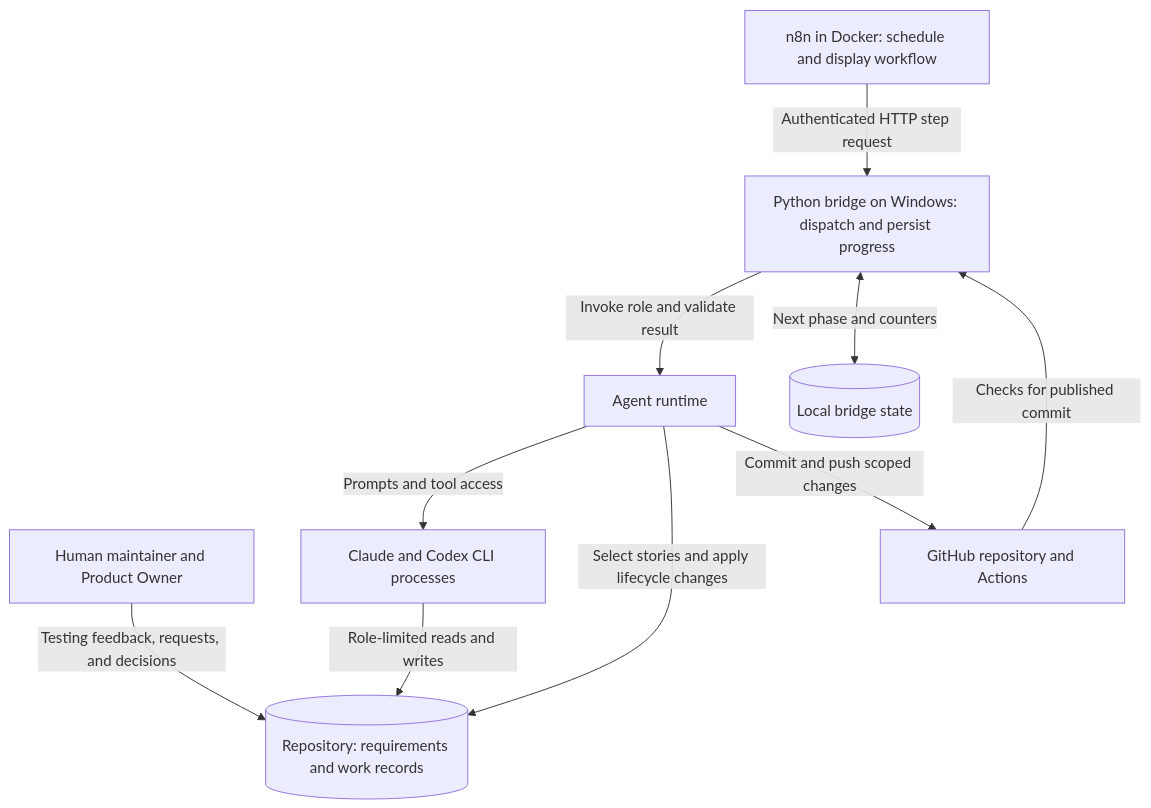
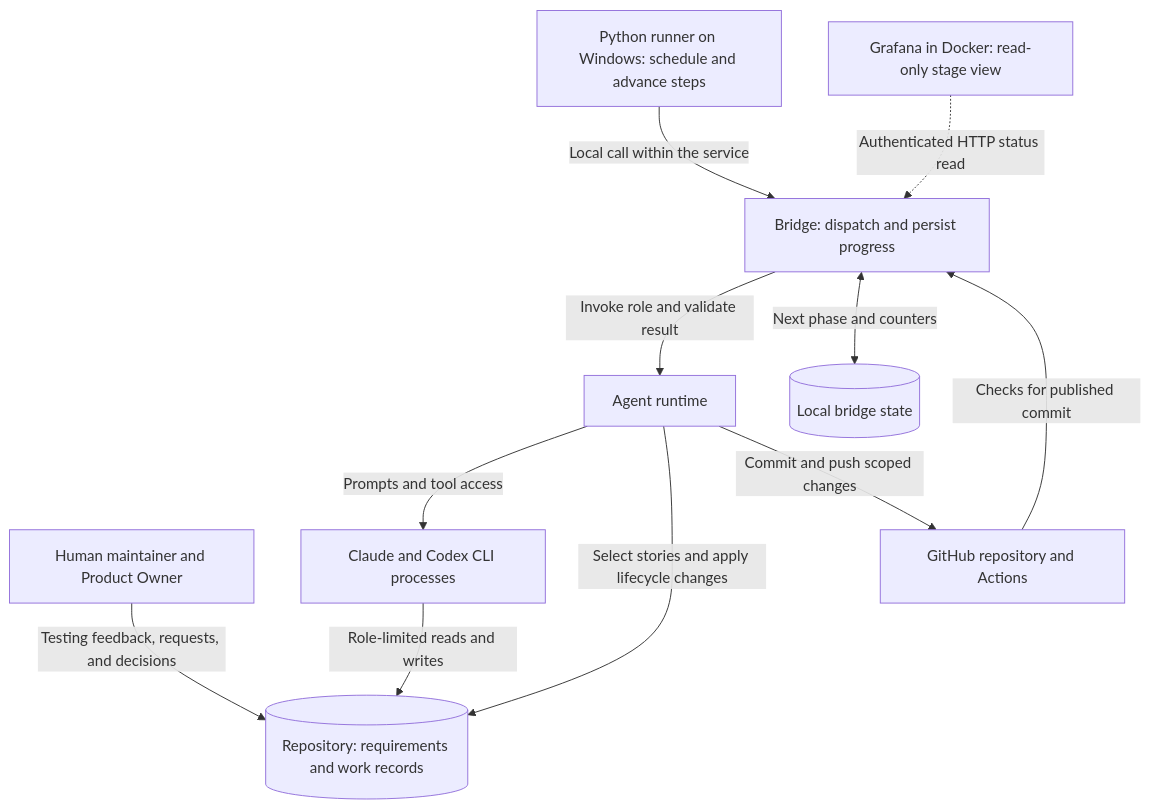
Before and after one commit to Nebettadjsr/GW2: the first of 2 diagrams in agent/docs/ARCHITECTURE.md, drawn with Mermaid. The commit also changed other lines of this file and 7 other files, not shown here.

Commit message:
docs: explain Python workflow runner and read-only Grafana architecture

````diff
--- a/agent/docs/ARCHITECTURE.md
+++ b/agent/docs/ARCHITECTURE.md
@@ -13,12 +13,13 @@
 ```mermaid
 flowchart TB
     H[Human maintainer and Product Owner] -->|Testing feedback, requests, and decisions| R[(Repository: requirements and work records)]
-    N[n8n in Docker: schedule and display workflow] -->|Authenticated HTTP step request| B[Python bridge on Windows: dispatch and persist progress]
+    N[Python runner on Windows: schedule and advance steps] -->|Local call within the service| B[Bridge: dispatch and persist progress]
+    V[Grafana in Docker: read-only stage view] -. Authenticated HTTP status read .-> B
     B -->|Invoke role and validate result| T[Agent runtime]
     T -->|Prompts and tool access| M[Claude and Codex CLI processes]
     M -->|Role-limited reads and writes| R
     T -->|Select stories and apply lifecycle changes| R
     B <-->|Next phase and counters| S[(Local bridge state)]
     T -->|Commit and push scoped changes| G[GitHub repository and Actions]
     G -->|Checks for published commit| B
 ```
````
